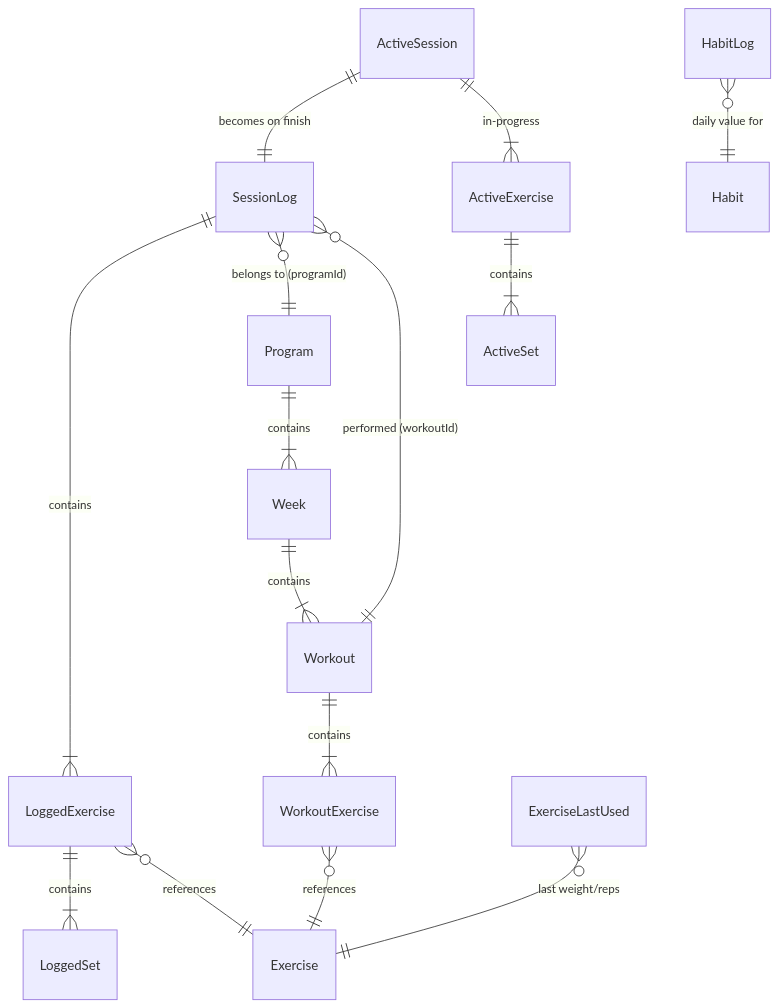
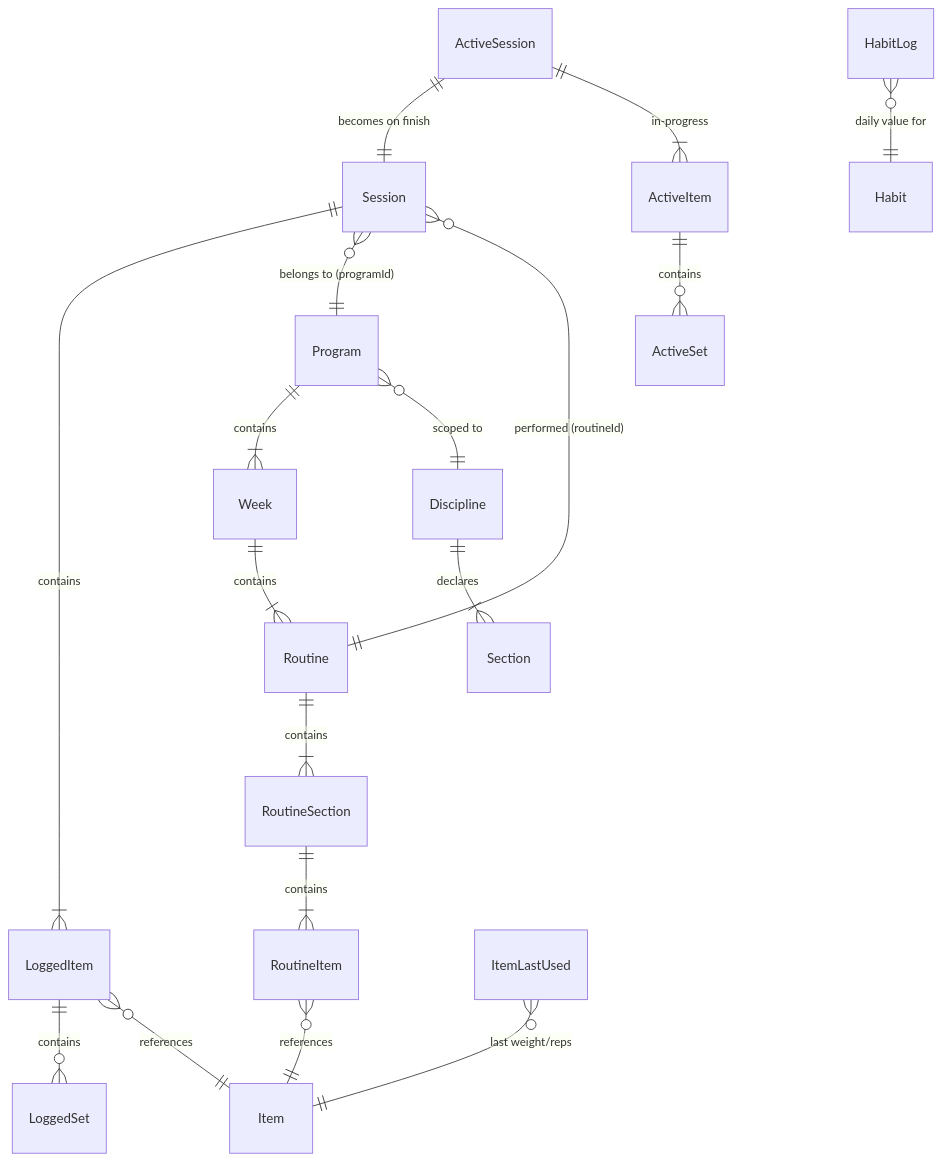
One commit to jermbo/CosmicWorkOut changed the diagram in docs/architecture/data-model.md. Above: the diagram before and after it, drawn with Mermaid. The commit also changed other lines of this file and 115 other files, not shown here.

````diff
--- a/docs/architecture/data-model.md
+++ b/docs/architecture/data-model.md
@@ -286,17 +305,20 @@
 ```mermaid
 erDiagram
+    Discipline ||--|{ Section : declares
+    Program }o--|| Discipline : "scoped to"
     Program ||--|{ Week : contains
-    Week ||--|{ Workout : contains
-    Workout ||--|{ WorkoutExercise : contains
-    WorkoutExercise }o--|| Exercise : references
-    SessionLog }o--|| Workout : "performed (workoutId)"
-    SessionLog }o--|| Program : "belongs to (programId)"
-    SessionLog ||--|{ LoggedExercise : contains
-    LoggedExercise }o--|| Exercise : references
-    LoggedExercise ||--|{ LoggedSet : contains
-    ActiveSession ||--|{ ActiveExercise : "in-progress"
-    ActiveExercise ||--|{ ActiveSet : contains
-    ActiveSession ||--|| SessionLog : "becomes on finish"
-    ExerciseLastUsed }o--|| Exercise : "last weight/reps"
+    Week ||--|{ Routine : contains
+    Routine ||--|{ RoutineSection : contains
+    RoutineSection ||--|{ RoutineItem : contains
+    RoutineItem }o--|| Item : references
+    Session }o--|| Routine : "performed (routineId)"
+    Session }o--|| Program : "belongs to (programId)"
+    Session ||--|{ LoggedItem : contains
+    LoggedItem }o--|| Item : references
+    LoggedItem ||--o{ LoggedSet : contains
+    ActiveSession ||--|{ ActiveItem : "in-progress"
+    ActiveItem ||--o{ ActiveSet : contains
+    ActiveSession ||--|| Session : "becomes on finish"
+    ItemLastUsed }o--|| Item : "last weight/reps"
     HabitLog }o--|| Habit : "daily value for"
 ```
````
